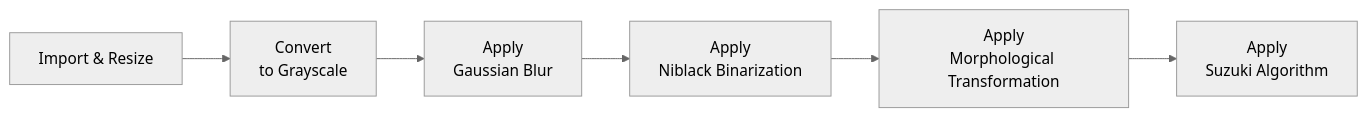
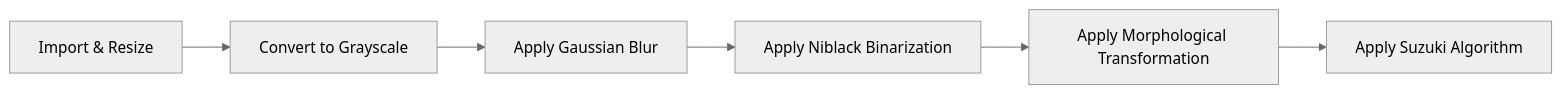
One commit to krieger1512/Bild1_Segmentation changed the third of 3 diagrams in README.md. Above: the diagram before and after it, drawn with Mermaid (neutral theme). The commit also changed other lines of this file and 1 other file, not shown here.

````diff
--- a/README.md
+++ b/README.md
@@ -331,17 +331,17 @@
 ```mermaid
 flowchart LR
   import_resize[Import & Resize]
 
-  convert_grayscale[Convert\nto Grayscale]
+  convert_grayscale[Convert to Grayscale]
 
-  gaussian_blur[Apply\nGaussian Blur]
+  gaussian_blur[Apply Gaussian Blur]
 
-  niblack[Apply\nNiblack Binarization]
+  niblack[Apply Niblack Binarization]
 
-  morph[Apply\nMorphological Transformation]
+  morph[Apply Morphological Transformation]
 
-  suzuki[Apply\nSuzuki Algorithm]
+  suzuki[Apply Suzuki Algorithm]
 
   import_resize --> convert_grayscale --> gaussian_blur --> niblack --> morph --> suzuki 
   
 ```
````
